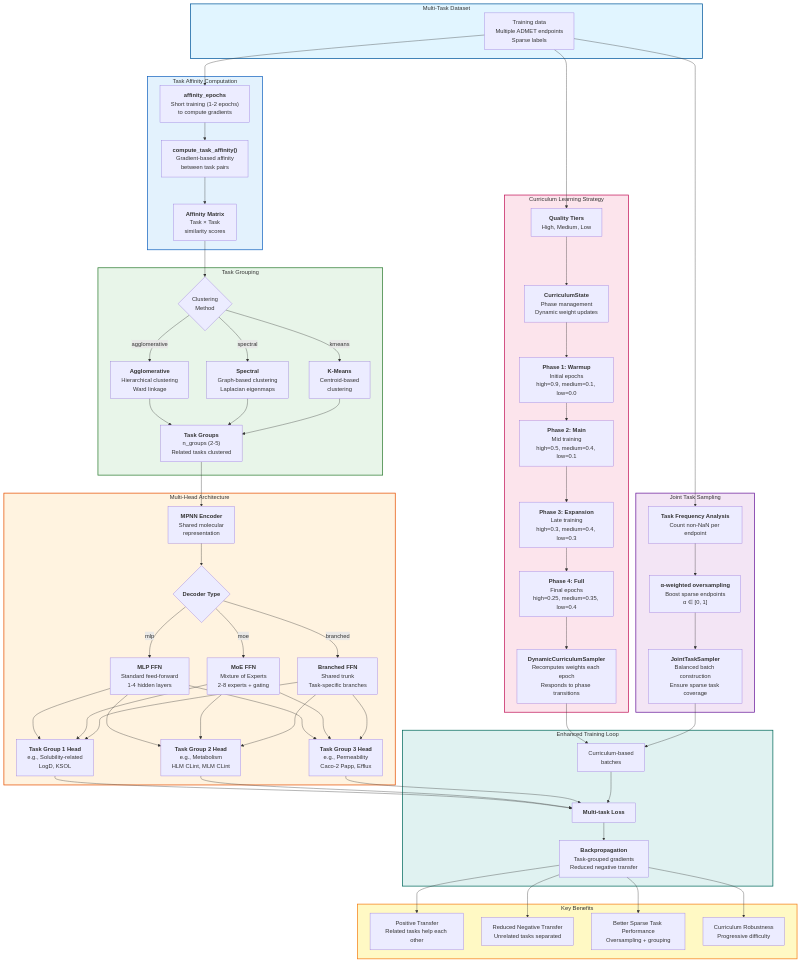
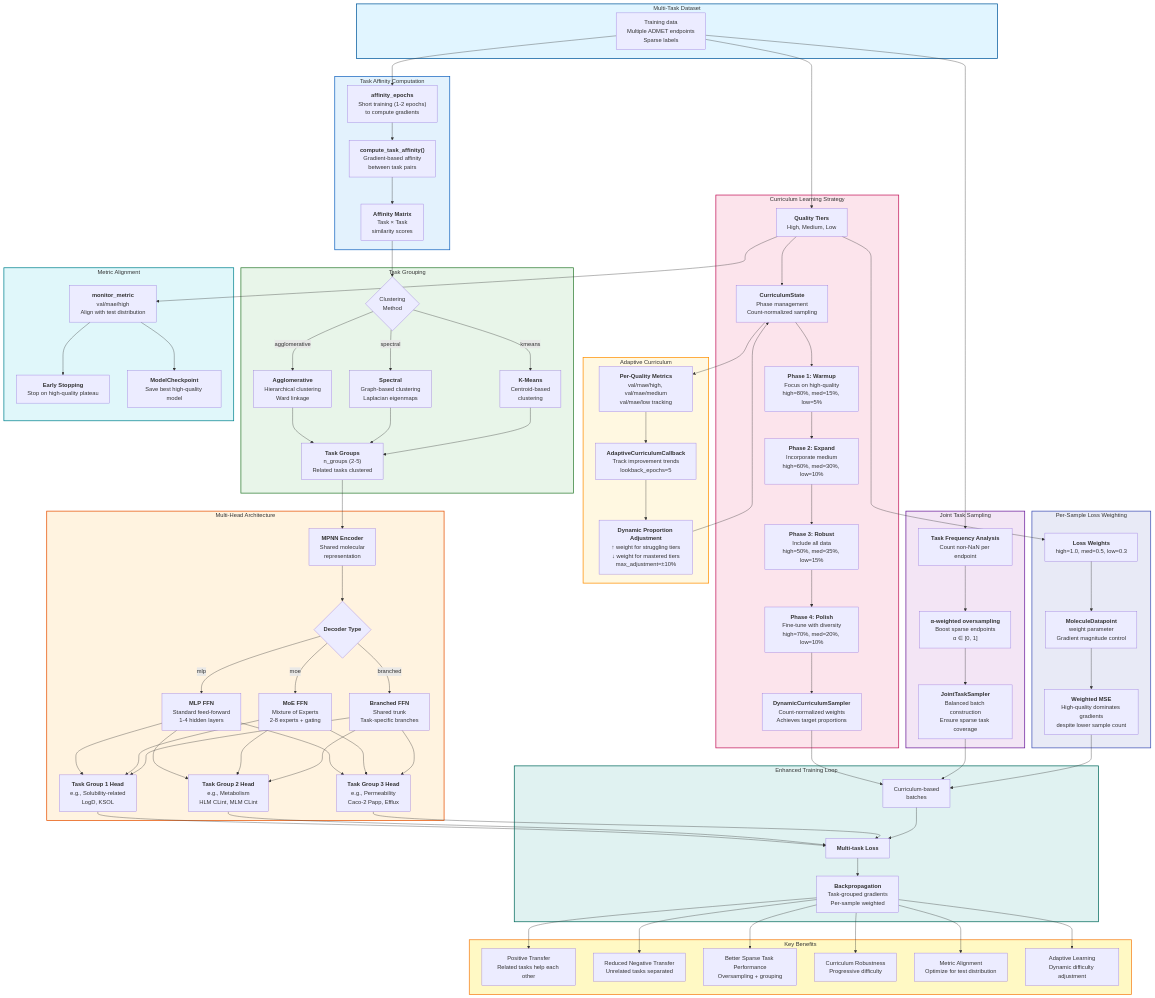
The seventh of 8 diagrams in README.md (alec-glisman/OpenADMET-ExpansionRx-Blind-Challenge), drawn with Mermaid before and after one commit. The commit also changed other lines of this file and 21 other files, not shown here.

First line of the commit message:
Enhance Dynamic Curriculum Sampler with Count Normalization and Update Phase Weights

```diff
--- a/README.md
+++ b/README.md
@@ -556,13 +565,32 @@
 
     subgraph CurriculumLearning["Curriculum Learning Strategy"]
         Data --> Quality["<b>Quality Tiers</b><br/>High, Medium, Low"]
-        Quality --> CurrState["<b>CurriculumState</b><br/>Phase management<br/>Dynamic weight updates"]
-        CurrState --> Phase1["<b>Phase 1: Warmup</b><br/>Initial epochs<br/>high=0.9, medium=0.1, low=0.0"]
-        Phase1 --> Phase2["<b>Phase 2: Main</b><br/>Mid training<br/>high=0.5, medium=0.4, low=0.1"]
-        Phase2 --> Phase3["<b>Phase 3: Expansion</b><br/>Late training<br/>high=0.3, medium=0.4, low=0.3"]
-        Phase3 --> Phase4["<b>Phase 4: Full</b><br/>Final epochs<br/>high=0.25, medium=0.35, low=0.4"]
+        Quality --> CurrState["<b>CurriculumState</b><br/>Phase management<br/>Count-normalized sampling"]
+        CurrState --> Phase1["<b>Phase 1: Warmup</b><br/>Focus on high-quality<br/>high=80%, med=15%, low=5%"]
+        Phase1 --> Phase2["<b>Phase 2: Expand</b><br/>Incorporate medium<br/>high=60%, med=30%, low=10%"]
+        Phase2 --> Phase3["<b>Phase 3: Robust</b><br/>Include all data<br/>high=50%, med=35%, low=15%"]
+        Phase3 --> Phase4["<b>Phase 4: Polish</b><br/>Fine-tune with diversity<br/>high=70%, med=20%, low=10%"]
 
-        Phase4 --> Sampler["<b>DynamicCurriculumSampler</b><br/>Recomputes weights each epoch<br/>Responds to phase transitions"]
+        Phase4 --> Sampler["<b>DynamicCurriculumSampler</b><br/>Count-normalized weights<br/>Achieves target proportions"]
+    end
+
+    subgraph LossWeighting["Per-Sample Loss Weighting"]
+        Quality --> LossW["<b>Loss Weights</b><br/>high=1.0, med=0.5, low=0.3"]
+        LossW --> WeightedDP["<b>MoleculeDatapoint</b><br/>weight parameter<br/>Gradient magnitude control"]
+        WeightedDP --> WeightedLoss["<b>Weighted MSE</b><br/>High-quality dominates gradients<br/>despite lower sample count"]
+    end
+
+    subgraph AdaptiveCurriculum["Adaptive Curriculum"]
+        CurrState --> MetricTrack["<b>Per-Quality Metrics</b><br/>val/mae/high, val/mae/medium<br/>val/mae/low tracking"]
+        MetricTrack --> AdaptiveCallback["<b>AdaptiveCurriculumCallback</b><br/>Track improvement trends<br/>lookback_epochs=5"]
+        AdaptiveCallback --> DynamicAdjust["<b>Dynamic Proportion Adjustment</b><br/>↑ weight for struggling tiers<br/>↓ weight for mastered tiers<br/>max_adjustment=±10%"]
+        DynamicAdjust --> CurrState
+    end
+
+    subgraph MetricAlignment["Metric Alignment"]
+        Quality --> MonitorMetric["<b>monitor_metric</b><br/>val/mae/high<br/>Align with test distribution"]
+        MonitorMetric --> EarlyStop["<b>Early Stopping</b><br/>Stop on high-quality plateau"]
+        MonitorMetric --> Checkpoint["<b>ModelCheckpoint</b><br/>Save best high-quality model"]
     end
 
     subgraph JointSampling["Joint Task Sampling"]
@@ -575,8 +603,9 @@
         Head1 & Head2 & Head3 --> Loss["<b>Multi-task Loss</b>"]
         Sampler --> BatchData["Curriculum-based<br/>batches"]
         JointSampler --> BatchData
+        WeightedLoss --> BatchData
         BatchData --> Loss
-        Loss --> Backward["<b>Backpropagation</b><br/>Task-grouped gradients<br/>Reduced negative transfer"]
+        Loss --> Backward["<b>Backpropagation</b><br/>Task-grouped gradients<br/>Per-sample weighted"]
     end
 
     subgraph Benefits["Key Benefits"]
@@ -584,6 +613,8 @@
         Backward --> Benefit2["Reduced Negative Transfer<br/>Unrelated tasks separated"]
         Backward --> Benefit3["Better Sparse Task Performance<br/>Oversampling + grouping"]
         Backward --> Benefit4["Curriculum Robustness<br/>Progressive difficulty"]
+        Backward --> Benefit5["Metric Alignment<br/>Optimize for test distribution"]
+        Backward --> Benefit6["Adaptive Learning<br/>Dynamic difficulty adjustment"]
     end
 
     style Input fill:#e1f5ff,stroke:#01579b,stroke-width:2px
@@ -591,6 +622,9 @@
     style Clustering fill:#e8f5e9,stroke:#2e7d32,stroke-width:2px
     style MultiHeadArch fill:#fff3e0,stroke:#e65100,stroke-width:2px
     style CurriculumLearning fill:#fce4ec,stroke:#c2185b,stroke-width:2px
+    style LossWeighting fill:#e8eaf6,stroke:#3f51b5,stroke-width:2px
+    style AdaptiveCurriculum fill:#fff8e1,stroke:#ff8f00,stroke-width:2px
+    style MetricAlignment fill:#e0f7fa,stroke:#00838f,stroke-width:2px
     style JointSampling fill:#f3e5f5,stroke:#6a1b9a,stroke-width:2px
     style Training fill:#e0f2f1,stroke:#00695c,stroke-width:2px
     style Benefits fill:#fff9c4,stroke:#f57f17,stroke-width:2px
```
